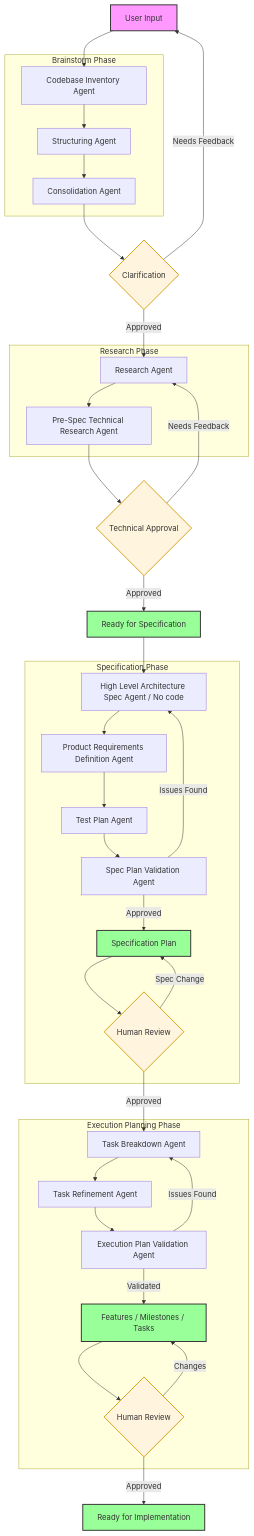
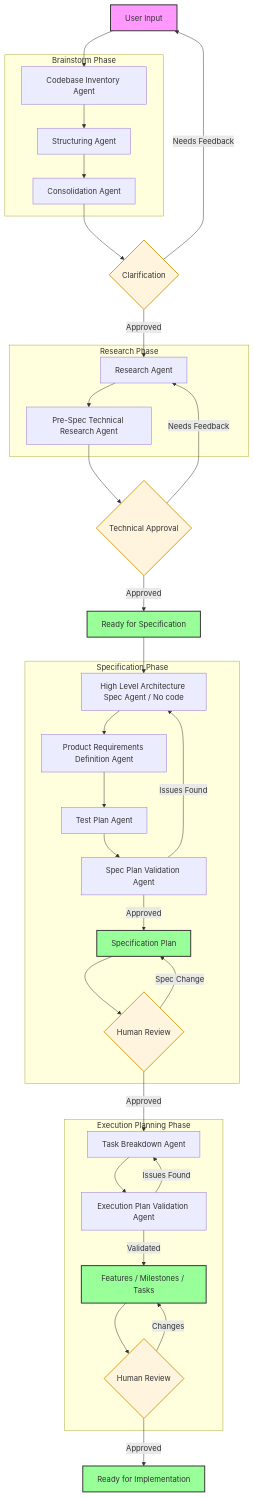
One commit to rtfa1/HAAD changed the diagram in docs/flow.md. Above: the diagram before and after it, drawn with Mermaid. The commit also changed 8 other files, not shown here.

````diff
--- a/docs/flow.md
+++ b/docs/flow.md
@@ -3,67 +3,65 @@
 ```mermaid
 graph TD
     UI[User Input] --> CIA[Codebase Inventory Agent]
     CIA --> ISA[Structuring Agent]
     ISA --> ICA[Consolidation Agent]
     ICA --> HC{Clarification}
     HC -- Needs Feedback --> UI
     HC -- Approved --> RA[Research Agent]
     RA --> PSTRA[Pre-Spec Technical Research Agent]
     PSTRA --> HC2{Technical Approval}
     HC2 -- Needs Feedback --> RA
     HC2 -- Approved --> HLAS[Ready for Specification]
     HLAS --> HLASA[High Level Architecture Spec Agent / No code]
     HLASA --> PRD[Product Requirements Definition Agent]
     PRD --> TPA[Test Plan Agent]
     TPA --> SPVA[Spec Plan Validation Agent]
     SPVA -- Issues Found --> HLASA
     SPVA -- Approved --> SP[Specification Plan]
     SP --> HR{Human Review}
     HR -- Spec Change --> SP
     HR -- Approved --> TBA[Task Breakdown Agent]
-    TBA --> TRA[Task Refinement Agent]
-    TRA --> EPVA[Execution Plan Validation Agent]
+    TBA --> EPVA[Execution Plan Validation Agent]
     EPVA -- Issues Found --> TBA
     EPVA -- Validated --> FMT[Features / Milestones / Tasks]
     FMT --> HR2{Human Review}
     HR2 -- Changes --> FMT
     HR2 -- Approved --> RI[Ready for Implementation]
 
     subgraph Brainstorm Phase
         CIA
         ISA
         ICA
     end
 
     subgraph Research Phase
         RA
         PSTRA
     end
 
     subgraph Specification Phase
         HLASA
         PRD
         TPA
         SPVA
         SP
         HR
     end
 
     subgraph Execution Planning Phase
         TBA
-        TRA
         EPVA
         FMT
         HR2
     end
 
     style UI fill:#f9f,stroke:#333,stroke-width:2px
     style HC fill:#fff4dd,stroke:#d4a017,stroke-width:2px
     style HC2 fill:#fff4dd,stroke:#d4a017,stroke-width:2px
     style HR fill:#fff4dd,stroke:#d4a017,stroke-width:2px
     style HR2 fill:#fff4dd,stroke:#d4a017,stroke-width:2px
     style HLAS fill:#9f9,stroke:#333,stroke-width:2px
     style SP fill:#9f9,stroke:#333,stroke-width:2px
     style FMT fill:#9f9,stroke:#333,stroke-width:2px
     style RI fill:#9f9,stroke:#333,stroke-width:2px
 ```
````
